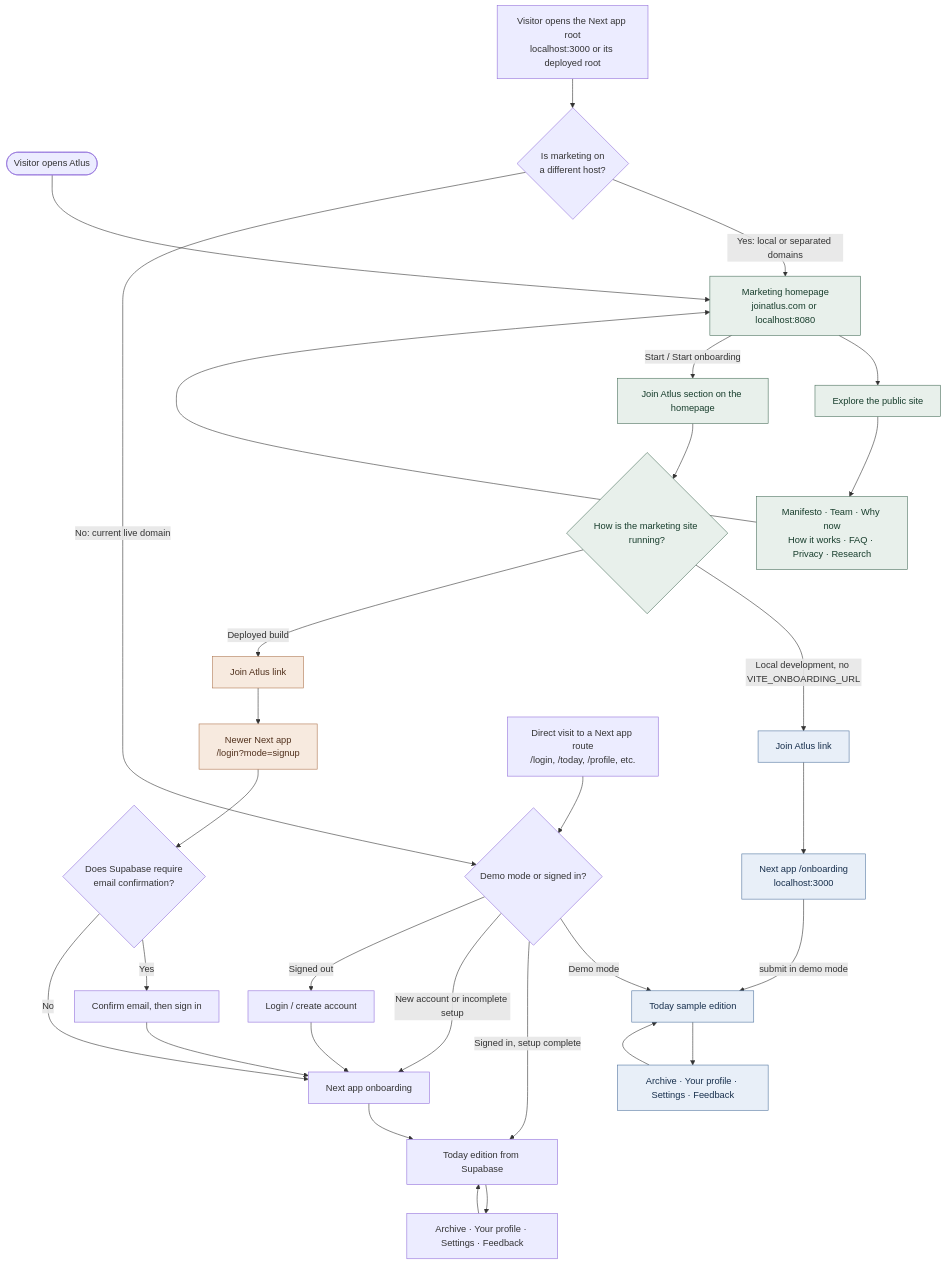
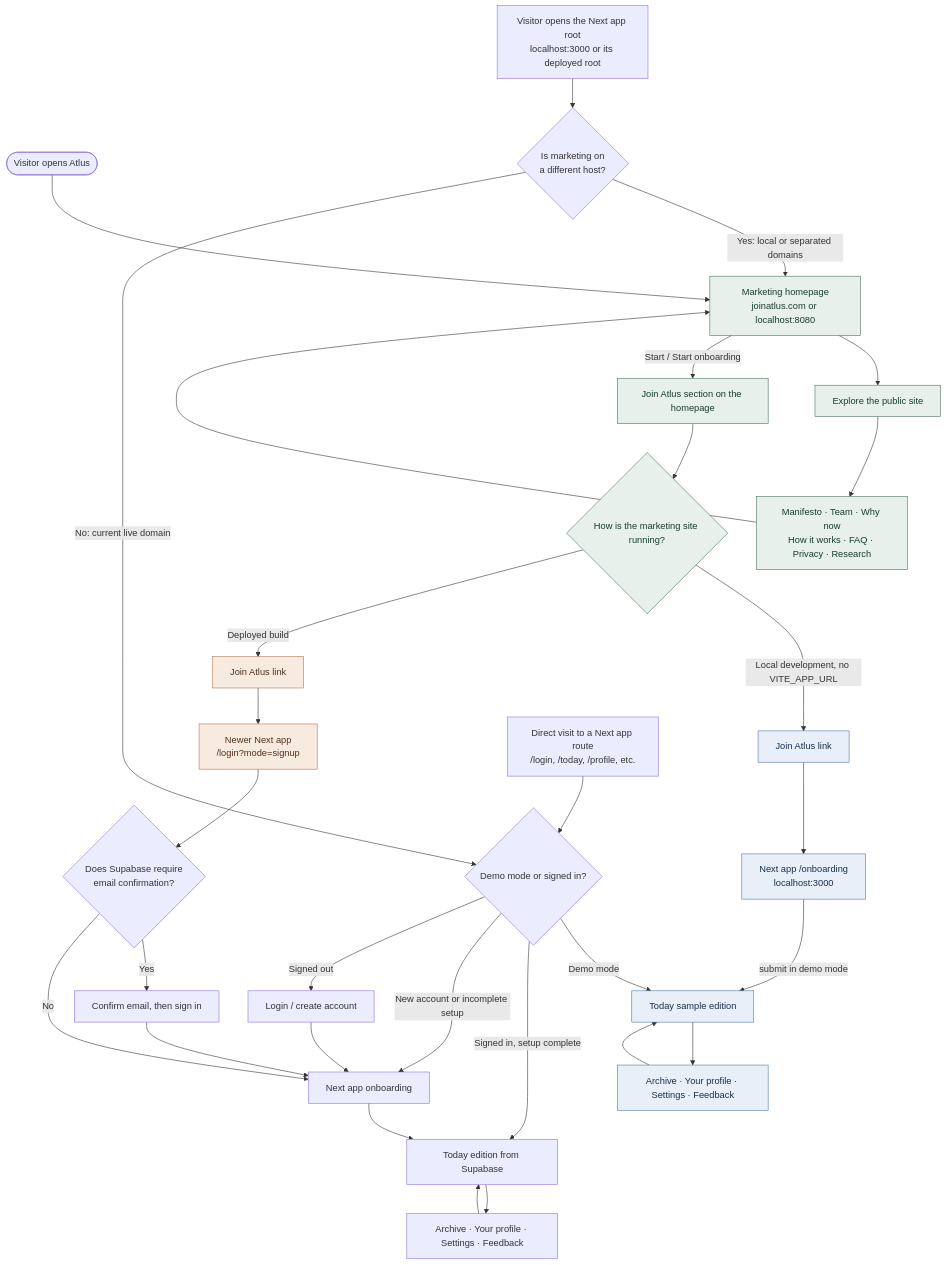
Before and after one commit to samoliverb-max/Atlus.news: the diagram in docs/WEBSITE-FLOW.md, drawn with Mermaid. The commit also changed other lines of this file, not shown here.

````diff
--- a/docs/WEBSITE-FLOW.md
+++ b/docs/WEBSITE-FLOW.md
@@ -5,44 +5,44 @@
 ```mermaid
 flowchart TD
     Visitor([Visitor opens Atlus]) --> Marketing[Marketing homepage<br/>joinatlus.com or localhost:8080]
     AppRoot[Visitor opens the Next app root<br/>localhost:3000 or its deployed root] --> SameHost{Is marketing on<br/>a different host?}
     SameHost -->|Yes: local or separated domains| Marketing
     SameHost -->|No: current live domain| Auth
 
     Marketing --> Explore[Explore the public site]
     Explore --> Pages[Manifesto · Team · Why now<br/>How it works · FAQ · Privacy · Research]
     Pages --> Marketing
 
     Marketing -->|Start / Start onboarding| Anchor[Join Atlus section on the homepage]
     Anchor --> Mode{How is the marketing site running?}
 
-    Mode -->|Local development, no VITE_ONBOARDING_URL| DemoLink[Join Atlus link]
+    Mode -->|Local development, no VITE_APP_URL| DemoLink[Join Atlus link]
     DemoLink --> DemoOnboarding[Next app /onboarding<br/>localhost:3000]
     DemoOnboarding -->|submit in demo mode| DemoToday[Today sample edition]
     DemoToday --> DemoAreas[Archive · Your profile · Settings · Feedback]
     DemoAreas --> DemoToday
 
     Mode -->|Deployed build| SignupLink[Join Atlus link]
     SignupLink --> Signup[Newer Next app<br/>/login?mode=signup]
     Signup --> Confirmation{Does Supabase require<br/>email confirmation?}
     Confirmation -->|Yes| EmailConfirm[Confirm email, then sign in]
     EmailConfirm --> RealOnboarding
     Confirmation -->|No| RealOnboarding
 
     DirectProduct[Direct visit to a Next app route<br/>/login, /today, /profile, etc.] --> Auth{Demo mode or signed in?}
     Auth -->|Demo mode| DemoToday
     Auth -->|Signed in, setup complete| RealToday[Today edition from Supabase]
     Auth -->|New account or incomplete setup| RealOnboarding[Next app onboarding]
     Auth -->|Signed out| Login[Login / create account]
     Login --> RealOnboarding
     RealOnboarding --> RealToday
     RealToday --> ProductAreas[Archive · Your profile · Settings · Feedback]
     ProductAreas --> RealToday
 
     classDef marketing fill:#e8f0eb,stroke:#4a705d,color:#173d2c;
     classDef demo fill:#e8eff8,stroke:#5275a0,color:#172f4c;
     classDef legacy fill:#f7eadf,stroke:#af7650,color:#51311d;
     class Marketing,Explore,Pages,Anchor,Mode marketing;
     class DemoLink,DemoOnboarding,DemoToday,DemoAreas demo;
     class SignupLink,Signup legacy;
 ```
````
